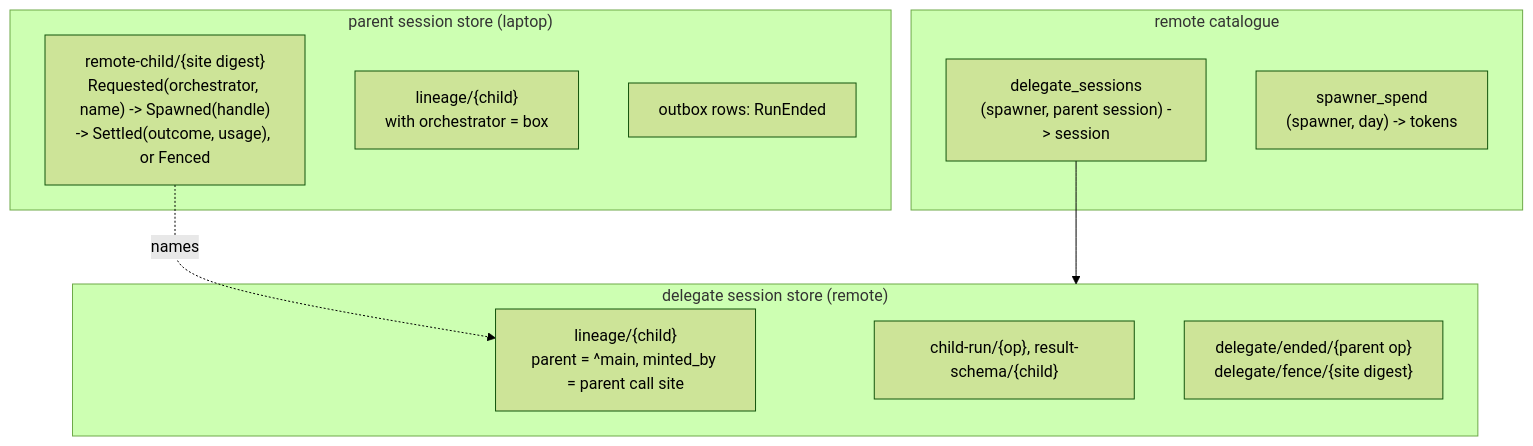
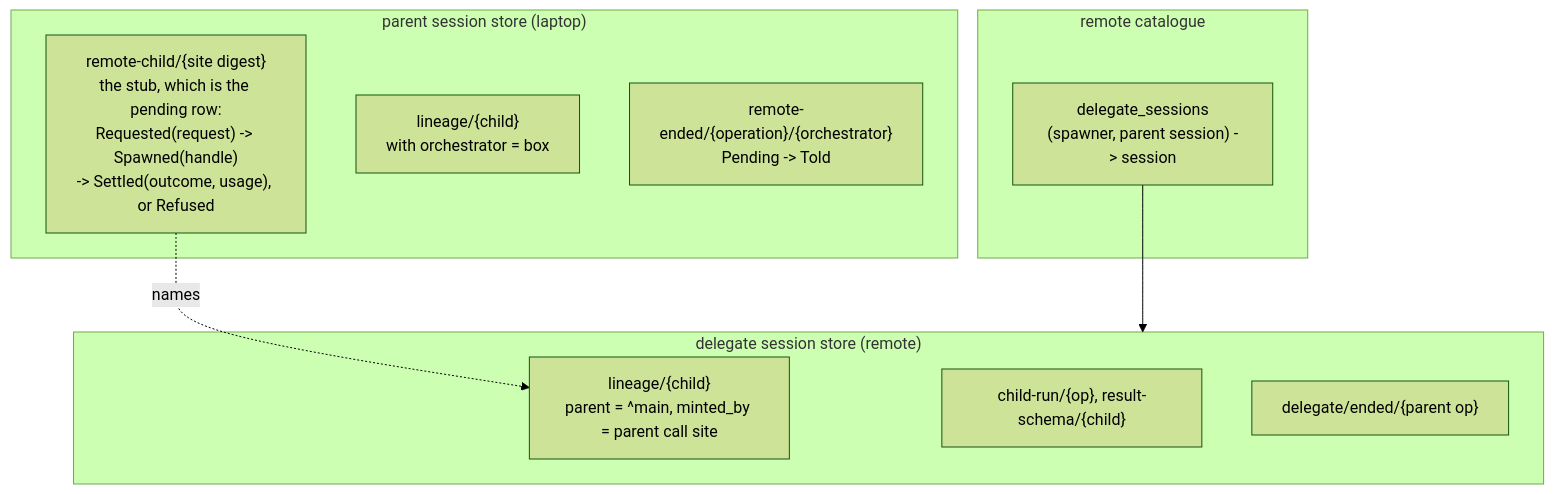
One commit to Roasbeef/loom changed the third of 5 diagrams in docs/design-notes/remote-subagents.md. Above: the diagram before and after it, drawn with Mermaid (forest theme). The commit also changed other lines of this file, not shown here.

First line of the commit message:
docs: simplify phase 1 of remote subagents

````diff
--- a/docs/design-notes/remote-subagents.md
+++ b/docs/design-notes/remote-subagents.md
@@ -387,19 +470,18 @@
 ```mermaid
 flowchart TB
     subgraph parent["parent session store (laptop)"]
-        s["remote-child/{site digest}<br/>Requested(orchestrator, name) -> Spawned(handle)<br/>-> Settled(outcome, usage), or Fenced"]
+        s["remote-child/{site digest}<br/>the stub, which is the pending row:<br/>Requested(request) -> Spawned(handle)<br/>-> Settled(outcome, usage), or Refused"]
         lc["lineage/{child}<br/>with orchestrator = box"]
-        o["outbox rows: RunEnded"]
+        o["remote-ended/{operation}/{orchestrator}<br/>Pending -> Told"]
     end
     subgraph cat["remote catalogue"]
         ds["delegate_sessions<br/>(spawner, parent session) -> session"]
-        sp["spawner_spend<br/>(spawner, day) -> tokens"]
     end
     subgraph dsess["delegate session store (remote)"]
         rl["lineage/{child}<br/>parent = ^main, minted_by = parent call site"]
         cr["child-run/{op}, result-schema/{child}"]
-        f["delegate/ended/{parent op}<br/>delegate/fence/{site digest}"]
+        f["delegate/ended/{parent op}"]
     end
     s -. "names" .-> rl
     ds --> dsess
 ```
````
